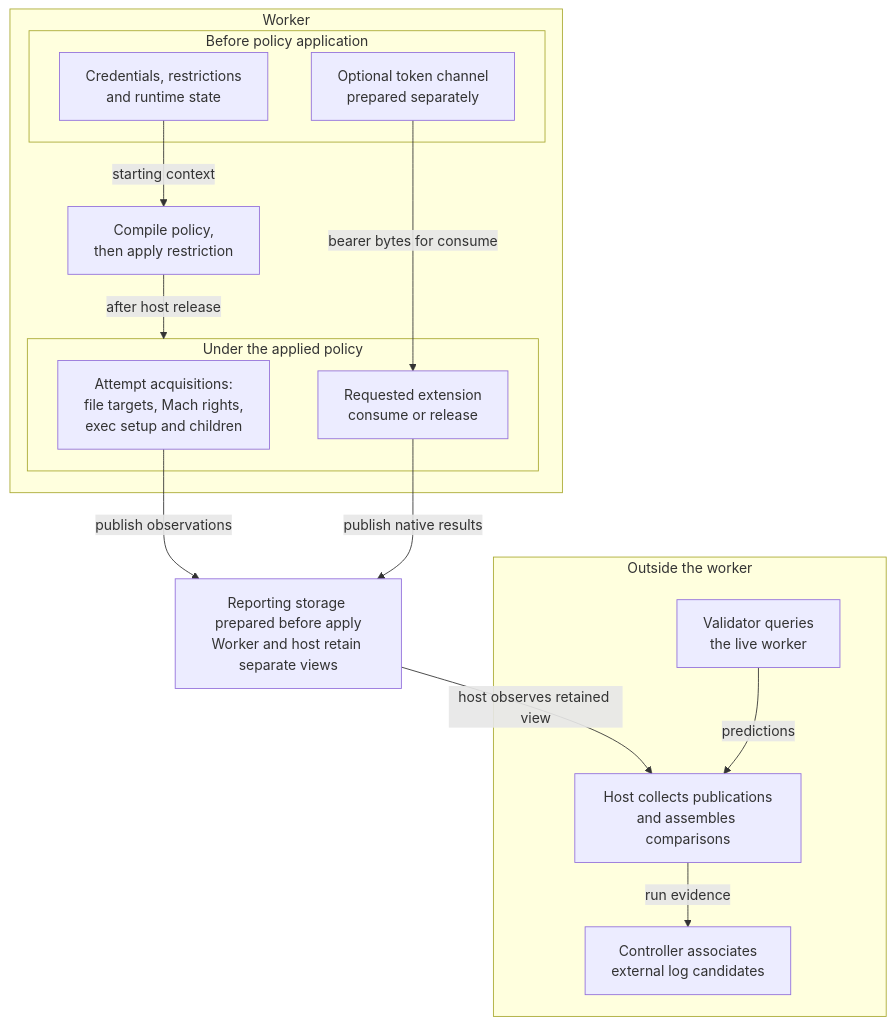
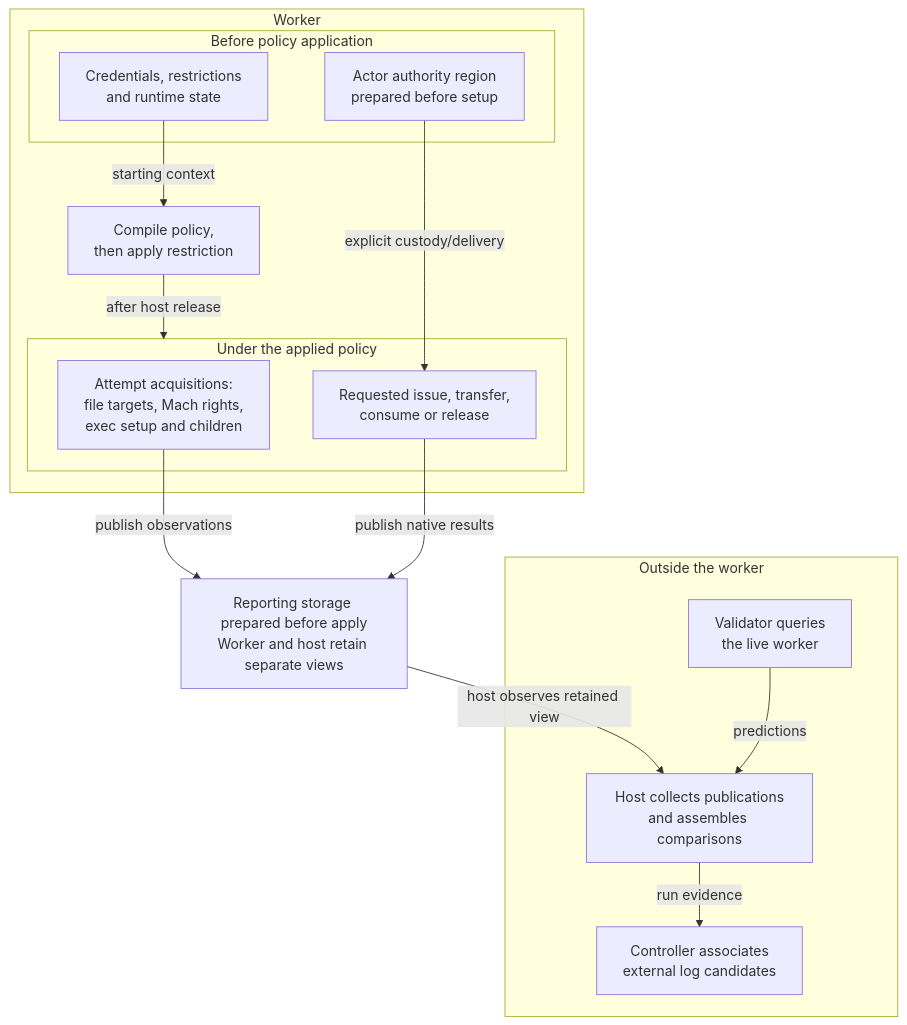
The diagram in docs/WORKER.md (Protonk/PolicyWitness), drawn with Mermaid before and after one commit. The commit also changed other lines of this file and 467 other files, not shown here.

````diff
--- a/docs/WORKER.md
+++ b/docs/WORKER.md
@@ -24,28 +24,28 @@
 ```mermaid
 flowchart TB
     subgraph worker["Worker"]
         subgraph before["Before policy application"]
             context["Credentials, restrictions<br/>and runtime state"]
-            token["Optional token channel<br/>prepared separately"]
+            token["Actor authority region<br/>prepared before setup"]
         end
         policy["Compile policy,<br/>then apply restriction"]
         context -->|starting context| policy
         subgraph after["Under the applied policy"]
             acquire["Attempt acquisitions:<br/>file targets, Mach rights,<br/>exec setup and children"]
-            extension["Requested extension<br/>consume or release"]
+            extension["Requested issue, transfer,<br/>consume or release"]
         end
         policy -->|after host release| after
-        token -->|bearer bytes for consume| extension
+        token -->|explicit custody/delivery| extension
     end
     storage["Reporting storage prepared before apply<br/>Worker and host retain separate views"]
     subgraph outside["Outside the worker"]
         validator["Validator queries<br/>the live worker"]
         host["Host collects publications<br/>and assembles comparisons"]
         controller["Controller associates<br/>external log candidates"]
     end
     acquire -->|publish observations| storage
     extension -->|publish native results| storage
     storage -->|host observes retained view| host
     validator -->|predictions| host
     host -->|run evidence| controller
 ```
````
